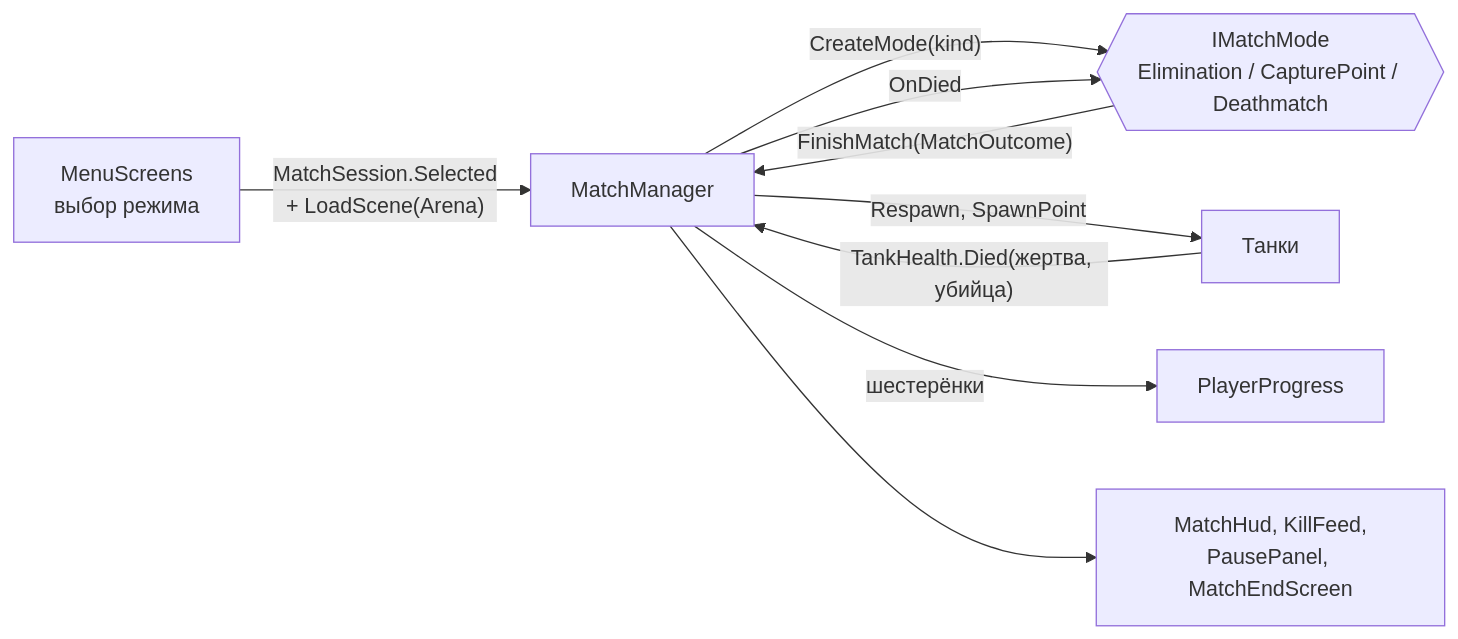
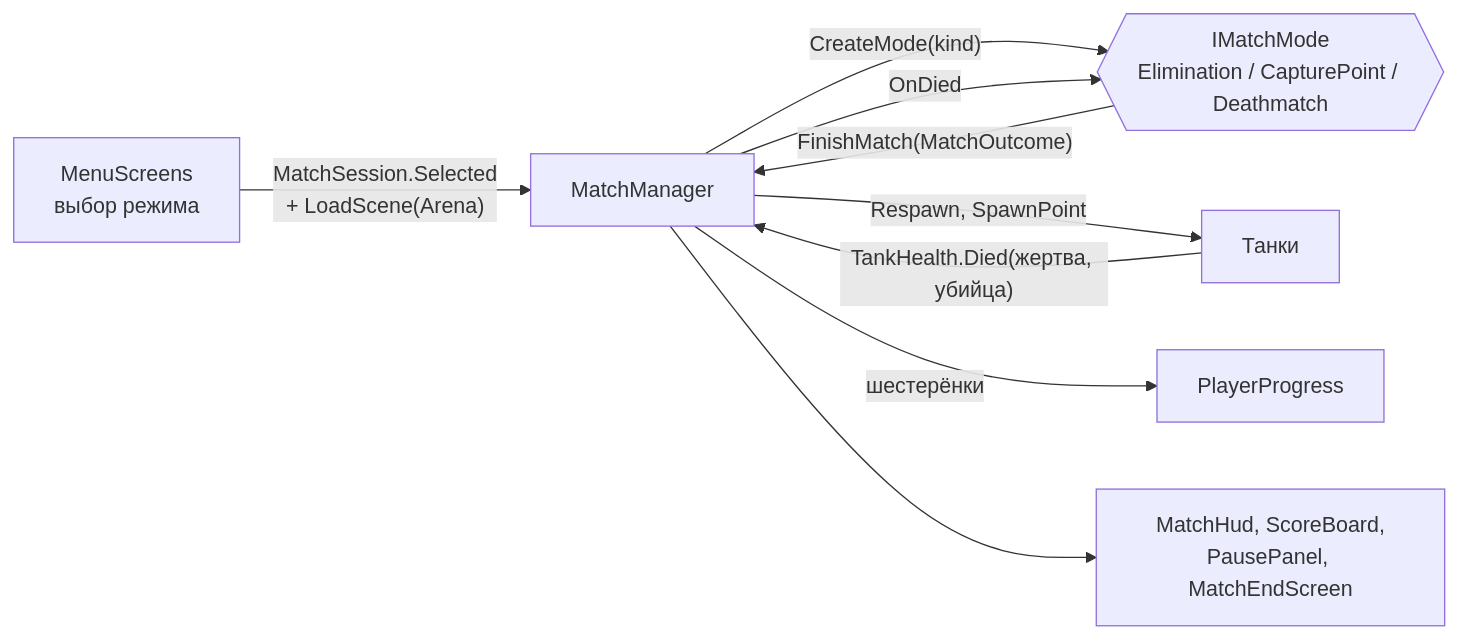
One commit to niikage7/burmalda-gamejam changed the third of 4 diagrams in Documentation/articles/architecture.md. Above: the diagram before and after it, drawn with Mermaid. The commit also changed other lines of this file and 67 other files, not shown here.

````diff
--- a/Documentation/articles/architecture.md
+++ b/Documentation/articles/architecture.md
@@ -97,11 +97,11 @@
 ```mermaid
 flowchart LR
     Menu["MenuScreens<br/>выбор режима"] -- "MatchSession.Selected<br/>+ LoadScene(Arena)" --> MM
     MM[MatchManager] -- "CreateMode(kind)" --> Mode{{IMatchMode<br/>Elimination / CapturePoint / Deathmatch}}
     MM -- "Respawn, SpawnPoint" --> T[Танки]
     T -- "TankHealth.Died(жертва, убийца)" --> MM
     MM -- OnDied --> Mode
     Mode -- "FinishMatch(MatchOutcome)" --> MM
     MM -- "шестерёнки" --> PP[PlayerProgress]
-    MM --> HUD["MatchHud, KillFeed,<br/>PausePanel, MatchEndScreen"]
+    MM --> HUD["MatchHud, ScoreBoard,<br/>PausePanel, MatchEndScreen"]
 ```
````
